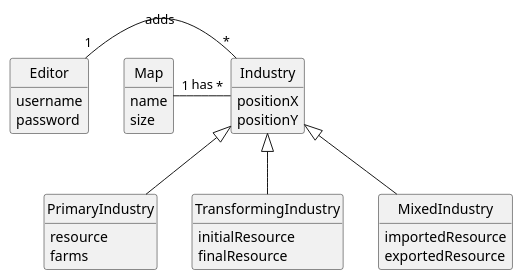
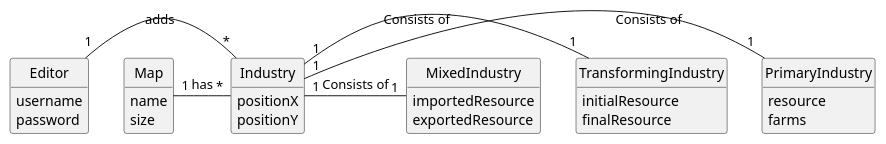
One commit to bruno-monteiro5/sem2-pi-24.25-g132-repo changed the diagram in docs/system-documentation/US002/02.analysis/puml/US006-DM.puml. Above: the diagram before and after it, drawn with PlantUML. The commit also changed 3 other files, not shown here.

```diff
--- a/docs/system-documentation/US002/02.analysis/puml/US006-DM.puml
+++ b/docs/system-documentation/US002/02.analysis/puml/US006-DM.puml
@@ -1,55 +1,55 @@
 @startuml
 skinparam monochrome true
 skinparam packageStyle rectangle
 skinparam shadowing false
 
 'left to right direction
 
 skinparam classAttributeIconSize 0
 
 hide circle
 hide methods
 
 'title Domain Model
 
 class Map {
     name
     size
 }
 
 class Industry {
     positionX
     positionY
 }
 
 class PrimaryIndustry {
     resource
     farms
 }
 
 class TransformingIndustry {
     initialResource
     finalResource
 }
 
 class MixedIndustry {
     importedResource
     exportedResource
 }
 
 class Editor {
     username
     password
 
 }
 
 
 Editor "1" - "*" Industry: adds
 
 Map "1" - "*" Industry : has
-Industry <|-- PrimaryIndustry
-Industry <|-- TransformingIndustry
-Industry <|-- MixedIndustry
+Industry "1" - "1" PrimaryIndustry : Consists of
+Industry "1" - "1" TransformingIndustry : Consists of
+Industry "1" - "1" MixedIndustry : Consists of
 
 
 @enduml
```
